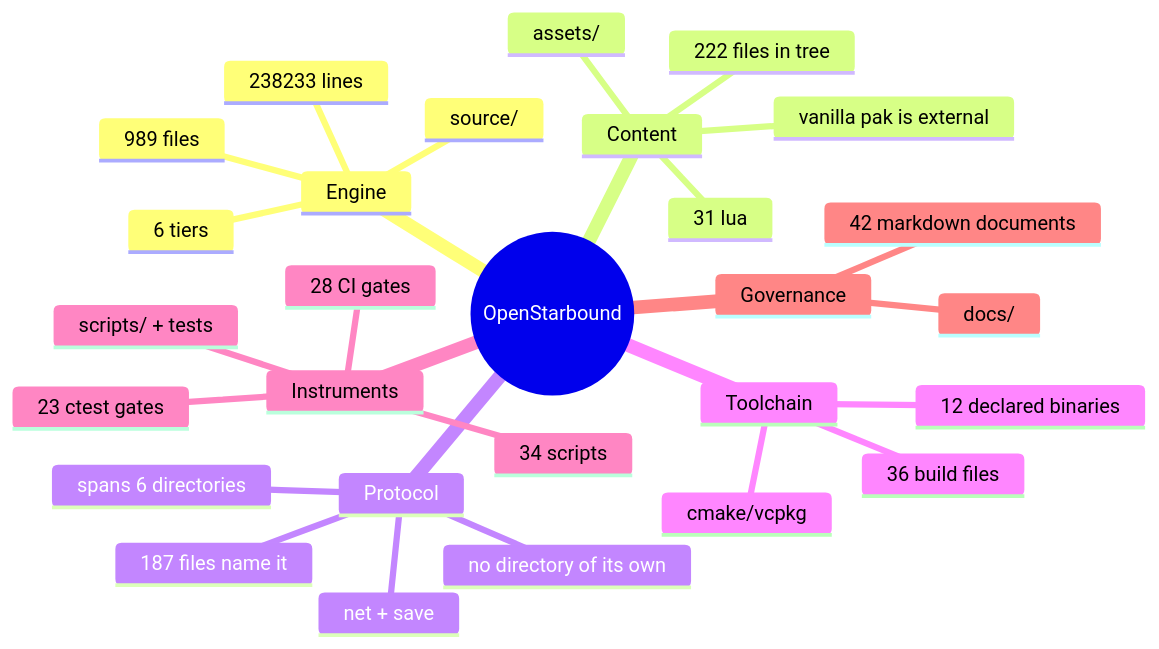
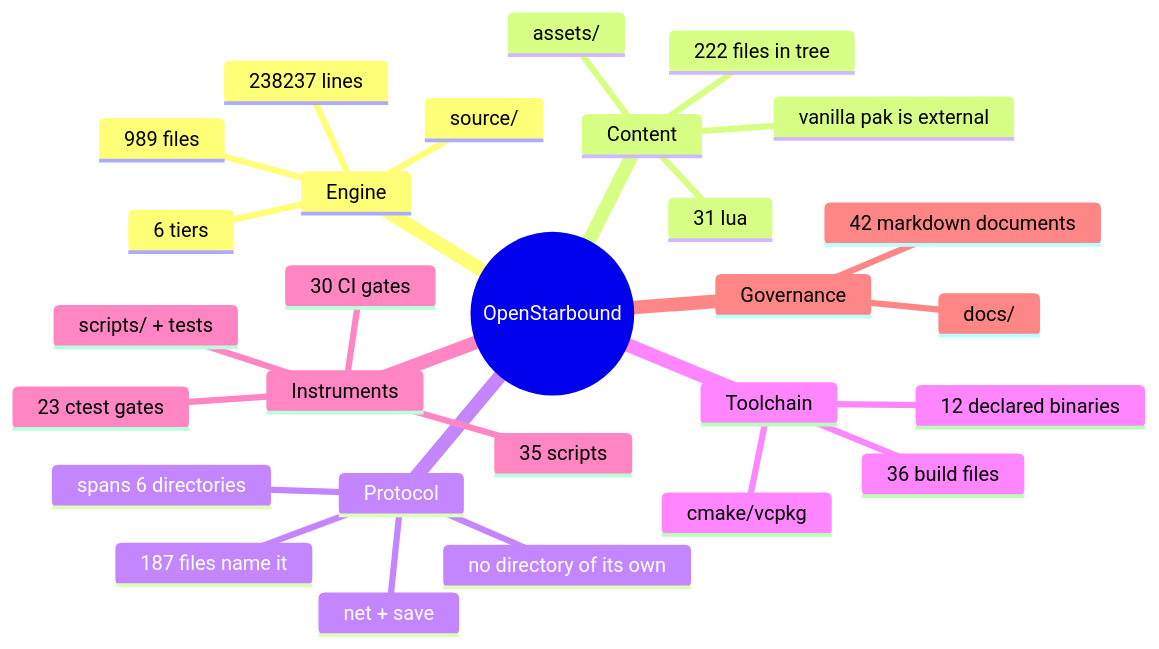
Before and after one commit to apnex/OpenStarbound: the second of 11 diagrams in docs/architecture/system-boundaries.md, drawn with Mermaid. The commit also changed other lines of this file and 2 other files, not shown here.

````diff
--- a/docs/architecture/system-boundaries.md
+++ b/docs/architecture/system-boundaries.md
@@ -166,31 +166,31 @@
 ```mermaid
 mindmap
   root((OpenStarbound))
     Engine
       source/
       989 files
-      238233 lines
+      238237 lines
       6 tiers
     Content
       assets/
       222 files in tree
       31 lua
       vanilla pak is external
     Protocol
       net + save
       187 files name it
       spans 6 directories
       no directory of its own
     Toolchain
       cmake/vcpkg
       36 build files
       12 declared binaries
     Instruments
       scripts/ + tests
-      34 scripts
+      35 scripts
       23 ctest gates
-      28 CI gates
+      30 CI gates
     Governance
       docs/
       42 markdown documents
 ```
````
